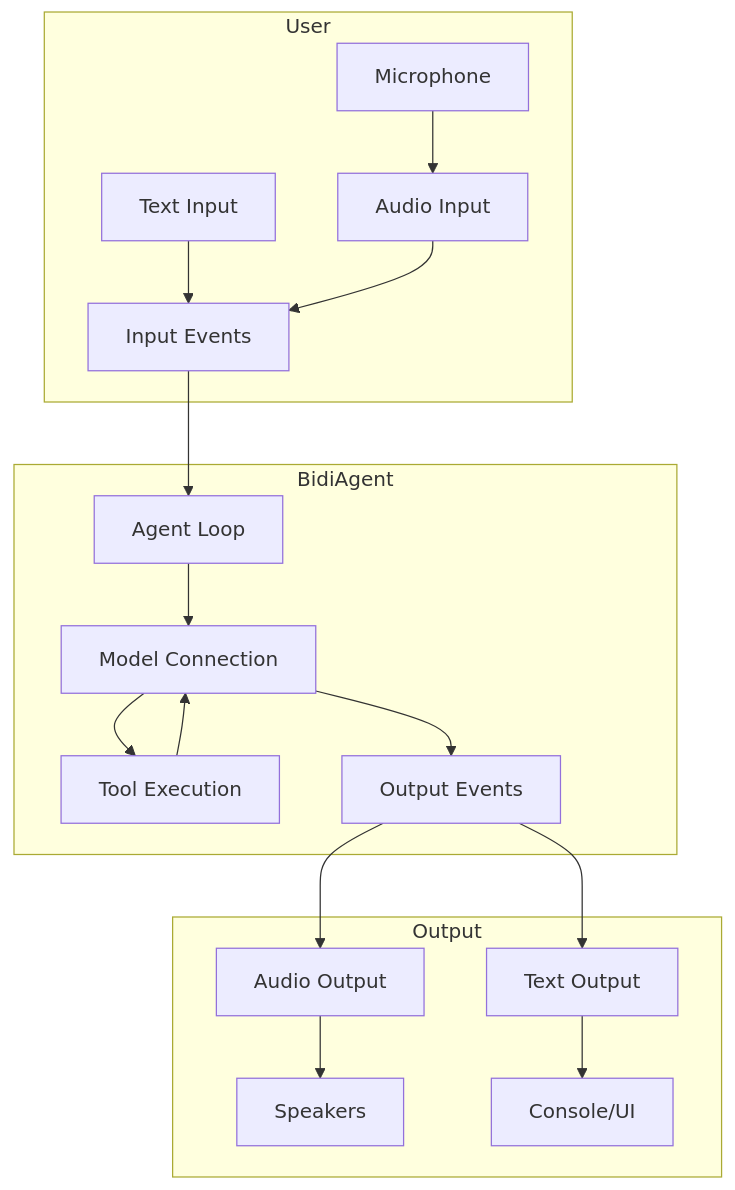
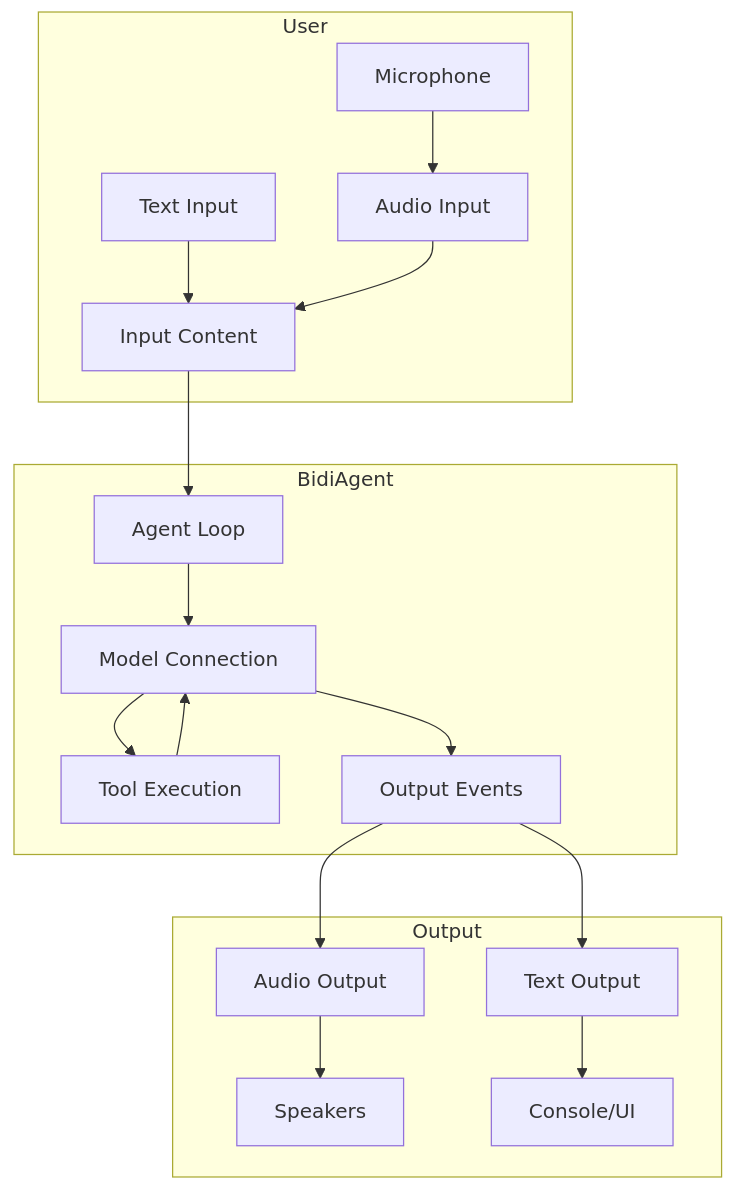
Before and after one commit to seniorgreencode/harness-sdk: the first of 3 diagrams in site/src/content/docs/user-guide/concepts/bidirectional-streaming/agent.mdx, drawn with Mermaid. The commit also changed 35 other files, not shown here.

Commit message:
feat(bidi): accept shared content blocks as input (#4331)

````diff
--- a/site/src/content/docs/user-guide/concepts/bidirectional-streaming/agent.mdx
+++ b/site/src/content/docs/user-guide/concepts/bidirectional-streaming/agent.mdx
@@ -14,23 +14,23 @@
 ```mermaid
 flowchart TB
     subgraph User
         A[Microphone] --> B[Audio Input]
-        C[Text Input] --> D[Input Events]
+        C[Text Input] --> D[Input Content]
         B --> D
     end
     
     subgraph BidiAgent
         D --> E[Agent Loop]
         E --> F[Model Connection]
         F --> G[Tool Execution]
         G --> F
         F --> H[Output Events]
     end
     
     subgraph Output
         H --> I[Audio Output]
         H --> J[Text Output]
         I --> K[Speakers]
         J --> L[Console/UI]
     end
 ```
````
